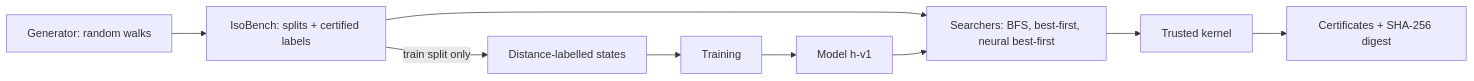
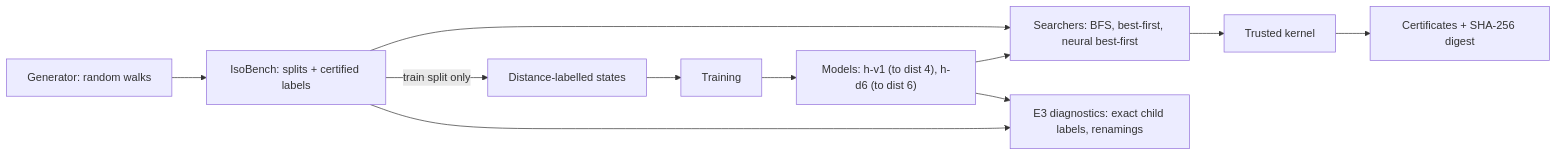
The diagram in README.md (Yashas2004/isomer), drawn with Mermaid before and after one commit. The commit also changed other lines of this file and 4 other files, not shown here.

First line of the commit message:
E3: Figure 1 (saturation) and README updates

````diff
--- a/README.md
+++ b/README.md
@@ -21,11 +21,13 @@
 ```mermaid
 flowchart LR
   G[Generator: random walks] --> I[IsoBench: splits + certified labels]
   I --> S[Searchers: BFS, best-first, neural best-first]
   S --> K[Trusted kernel]
   K --> C[Certificates + SHA-256 digest]
   I -->|train split only| ST[Distance-labelled states]
   ST --> T[Training]
-  T --> M[Model h-v1]
+  T --> M["Models: h-v1 (to dist 4), h-d6 (to dist 6)"]
   M --> S
+  I --> E["E3 diagnostics: exact child labels, renamings"]
+  M --> E
 ```
````
